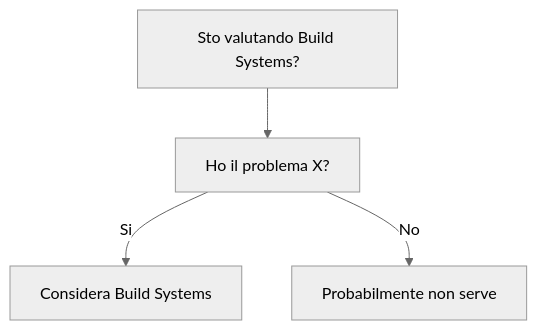
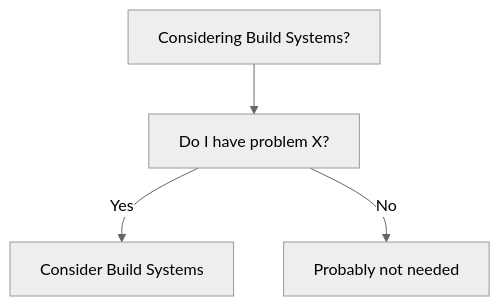
The diagram in dev-wiki/10_DevOps/Build_Systems/When_To_Use.md (HxT9/Software-Dev-Wiki), drawn with Mermaid (neutral theme) before and after one commit. The commit also changed other lines of this file and 3444 other files, not shown here.

````diff
--- a/dev-wiki/10_DevOps/Build_Systems/When_To_Use.md
+++ b/dev-wiki/10_DevOps/Build_Systems/When_To_Use.md
@@ -19,6 +19,6 @@
 ```mermaid
 flowchart TD
-  Q[Sto valutando Build Systems?] --> Q1[Ho il problema X?]
-  Q1 -->|Si| OK[Considera Build Systems]
-  Q1 -->|No| NO[Probabilmente non serve]
+  Q[Considering Build Systems?] --> Q1[Do I have problem X?]
+  Q1 -->|Yes| OK[Consider Build Systems]
+  Q1 -->|No| NO[Probably not needed]
 ```
````
